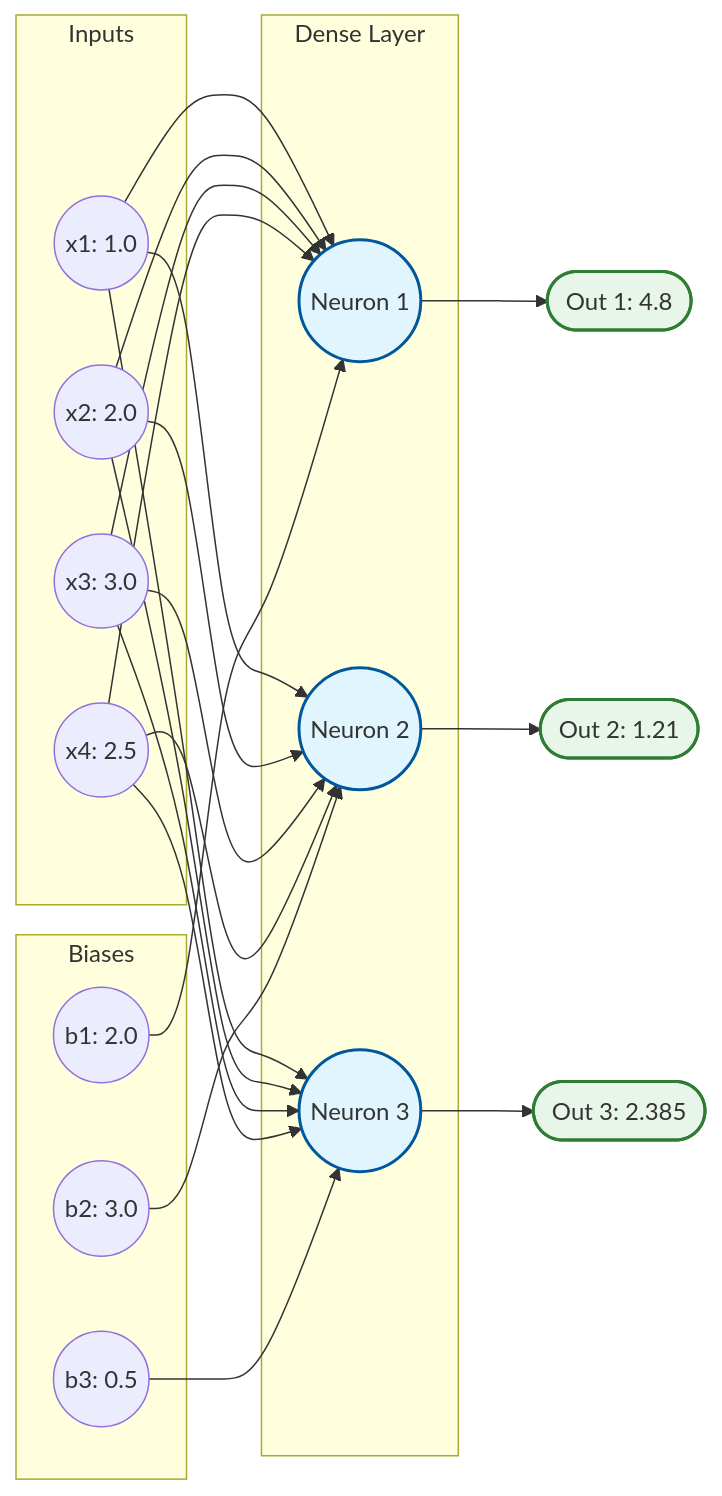
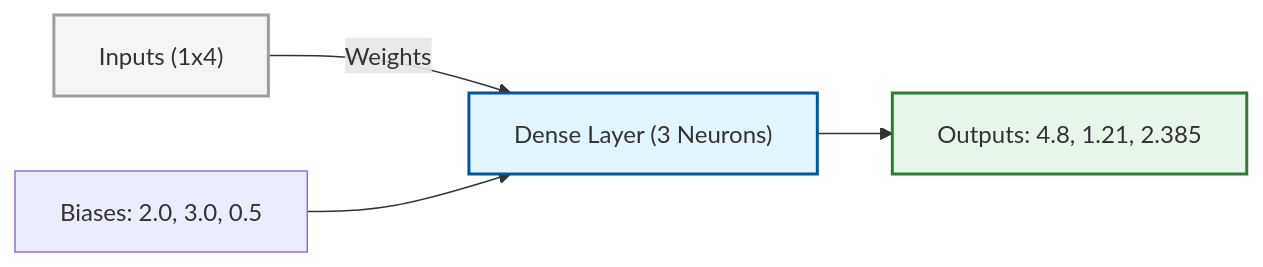
Before and after one commit to holycompile/Neural_Networks_from-_Scratch: the second of 8 diagrams in README.md, drawn with Mermaid. The commit also changed other lines of this file, not shown here.

````diff
--- a/README.md
+++ b/README.md
@@ -76,41 +63,10 @@
 ```mermaid
 graph LR
-    subgraph Inputs
-        X1((x1: 1.0))
-        X2((x2: 2.0))
-        X3((x3: 3.0))
-        X4((x4: 2.5))
-    end
+    X["Inputs (1x4)"] -->|Weights| Layer["Dense Layer (3 Neurons)"]
+    Biases["Biases: 2.0, 3.0, 0.5"] --> Layer
+    Layer --> Out["Outputs: 4.8, 1.21, 2.385"]
 
-    subgraph Dense Layer
-        N1((Neuron 1))
-        N2((Neuron 2))
-        N3((Neuron 3))
-    end
-
-    subgraph Biases
-        B1((b1: 2.0))
-        B2((b2: 3.0))
-        B3((b3: 0.5))
-    end
-
-    X1 --> N1; X1 --> N2; X1 --> N3
-    X2 --> N1; X2 --> N2; X2 --> N3
-    X3 --> N1; X3 --> N2; X3 --> N3
-    X4 --> N1; X4 --> N2; X4 --> N3
-
-    B1 --> N1
-    B2 --> N2
-    B3 --> N3
-
-    N1 --> O1([Out 1: 4.8])
-    N2 --> O2([Out 2: 1.21])
-    N3 --> O3([Out 3: 2.385])
-
-    style N1 fill:#e1f5fe,stroke:#01579b,stroke-width:2px;
-    style N2 fill:#e1f5fe,stroke:#01579b,stroke-width:2px;
-    style N3 fill:#e1f5fe,stroke:#01579b,stroke-width:2px;
-    style O1 fill:#e8f5e9,stroke:#2e7d32,stroke-width:2px;
-    style O2 fill:#e8f5e9,stroke:#2e7d32,stroke-width:2px;
-    style O3 fill:#e8f5e9,stroke:#2e7d32,stroke-width:2px;
+    style X fill:#f5f5f5,stroke:#9e9e9e,stroke-width:2px;
+    style Layer fill:#e1f5fe,stroke:#01579b,stroke-width:2px;
+    style Out fill:#e8f5e9,stroke:#2e7d32,stroke-width:2px;
 ```
````
